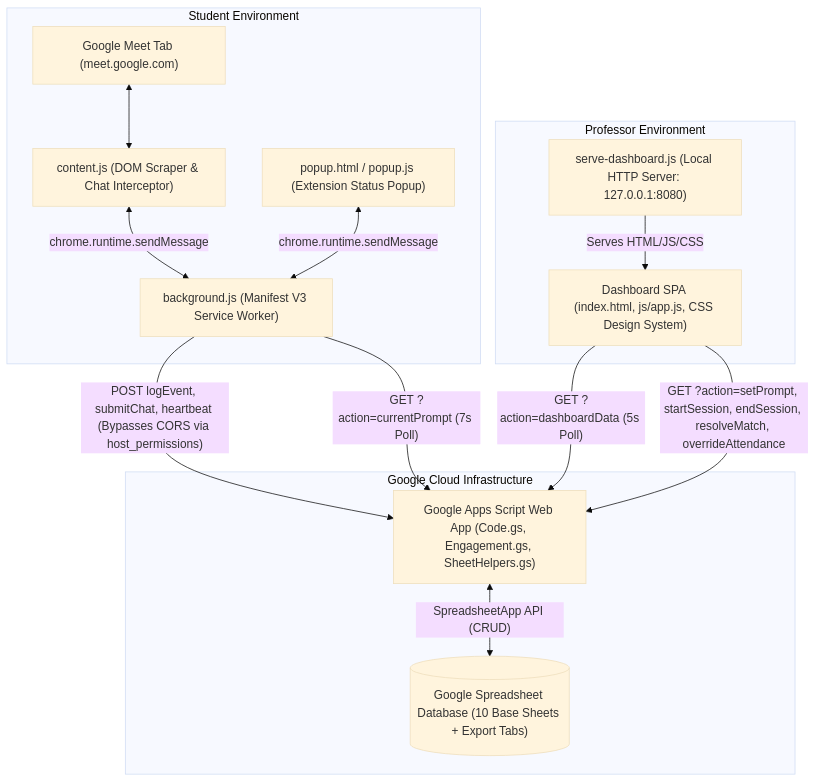
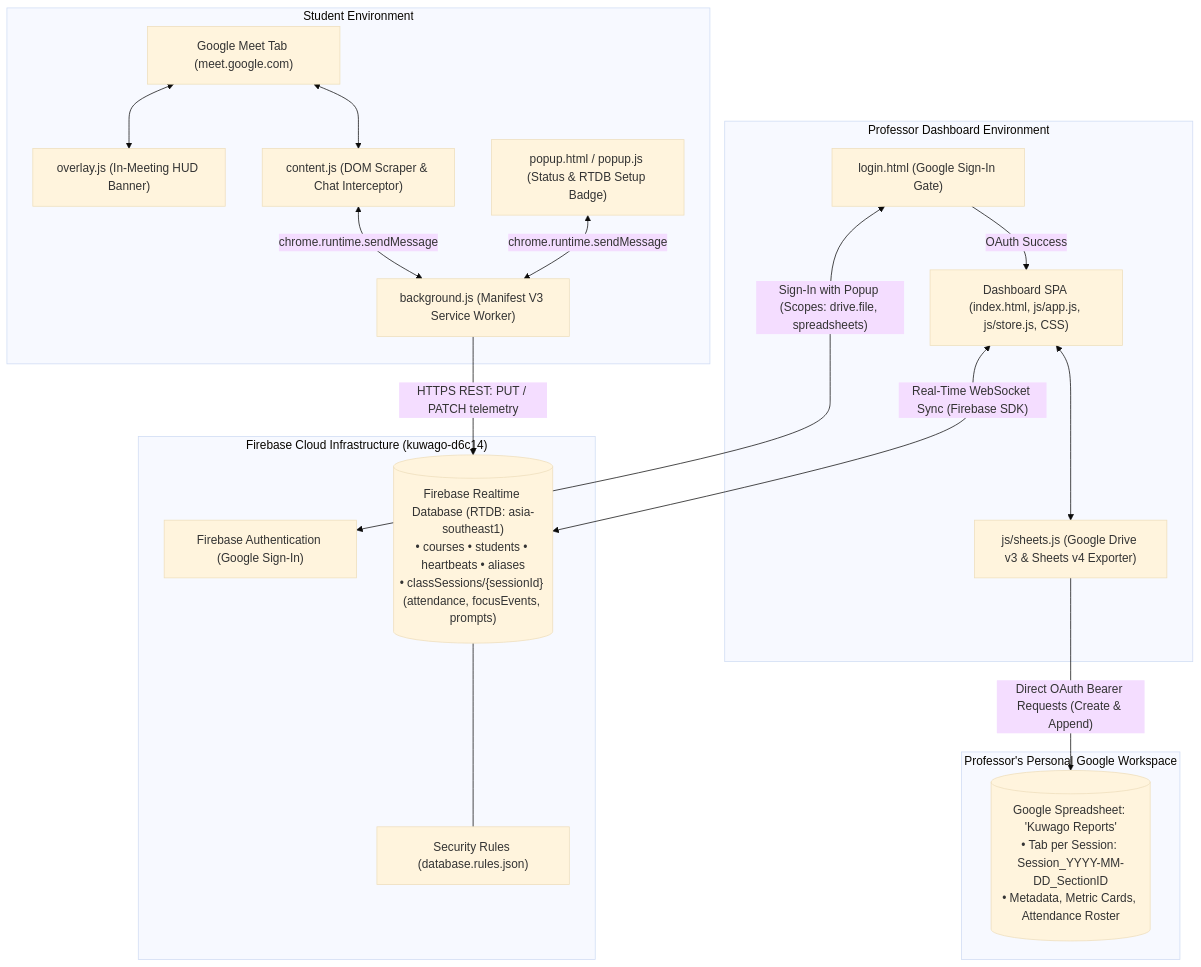
The first of 6 diagrams in CODEBASE_EXPLAINED.md (benhrnndz/Kuwago), drawn with Mermaid (base theme) before and after one commit. The commit also changed other lines of this file and 6 other files, not shown here.

````diff
--- a/CODEBASE_EXPLAINED.md
+++ b/CODEBASE_EXPLAINED.md
@@ -53,32 +55,41 @@
 ```mermaid
 flowchart TB
     subgraph StudentMachine["Student Environment"]
         MeetTab["Google Meet Tab (meet.google.com)"]
+        Overlay["overlay.js (In-Meeting HUD Banner)"]
         ContentScript["content.js (DOM Scraper & Chat Interceptor)"]
         ExtBG["background.js (Manifest V3 Service Worker)"]
-        ExtPopup["popup.html / popup.js (Extension Status Popup)"]
+        ExtPopup["popup.html / popup.js (Status & RTDB Setup Badge)"]
         
+        MeetTab <--> Overlay
         MeetTab <--> ContentScript
         ContentScript <-->|"chrome.runtime.sendMessage"| ExtBG
         ExtPopup <-->|"chrome.runtime.sendMessage"| ExtBG
     end
 
-    subgraph GoogleCloud["Google Cloud Infrastructure"]
-        GAS["Google Apps Script Web App (Code.gs, Engagement.gs, SheetHelpers.gs)"]
-        Spreadsheet[("Google Spreadsheet Database (10 Base Sheets + Export Tabs)")]
+    subgraph FirebaseCloud["Firebase Cloud Infrastructure (kuwago-d6c14)"]
+        FirebaseAuth["Firebase Authentication (Google Sign-In)"]
+        RTDB[("Firebase Realtime Database (RTDB: asia-southeast1)\n• courses • students • heartbeats • aliases\n• classSessions/{sessionId} (attendance, focusEvents, prompts)")]
+        Rules["Security Rules (database.rules.json)"]
         
-        GAS <-->|"SpreadsheetApp API (CRUD)"| Spreadsheet
+        RTDB --- Rules
     end
 
-    subgraph ProfessorMachine["Professor Environment"]
-        NodeServer["serve-dashboard.js (Local HTTP Server: 127.0.0.1:8080)"]
-        BrowserDashboard["Dashboard SPA (index.html, js/app.js, CSS Design System)"]
+    subgraph ProfessorMachine["Professor Dashboard Environment"]
+        LoginGate["login.html (Google Sign-In Gate)"]
+        Dashboard["Dashboard SPA (index.html, js/app.js, js/store.js, CSS)"]
+        SheetsExporter["js/sheets.js (Google Drive v3 & Sheets v4 Exporter)"]
         
-        NodeServer -->|"Serves HTML/JS/CSS"| BrowserDashboard
+        LoginGate -->|"OAuth Success"| Dashboard
+        Dashboard <--> SheetsExporter
     end
 
-    ExtBG -->|"POST logEvent, submitChat, heartbeat (Bypasses CORS via host_permissions)"| GAS
-    ExtBG -->|"GET ?action=currentPrompt (7s Poll)"| GAS
-    BrowserDashboard -->|"GET ?action=dashboardData (5s Poll)"| GAS
-    BrowserDashboard -->|"GET ?action=setPrompt, startSession, endSession, resolveMatch, overrideAttendance"| GAS
+    subgraph GoogleDrive["Professor's Personal Google Workspace"]
+        KuwagoReports[("Google Spreadsheet: 'Kuwago Reports'\n• Tab per Session: Session_YYYY-MM-DD_SectionID\n• Metadata, Metric Cards, Attendance Roster")]
+    end
+
+    ExtBG -->|"HTTPS REST: PUT / PATCH telemetry"| RTDB
+    Dashboard <-->|"Real-Time WebSocket Sync (Firebase SDK)"| RTDB
+    LoginGate <-->|"Sign-In with Popup (Scopes: drive.file, spreadsheets)"| FirebaseAuth
+    SheetsExporter -->|"Direct OAuth Bearer Requests (Create & Append)"| KuwagoReports
 ```
````
